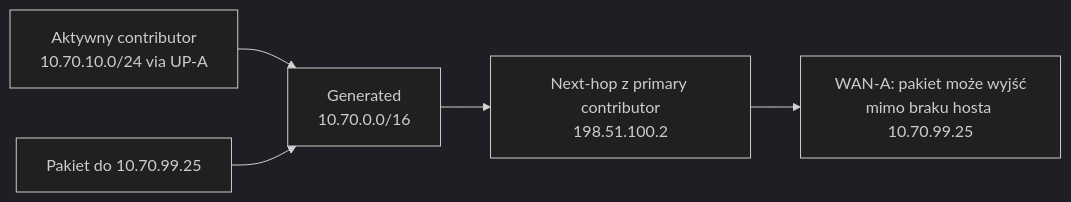
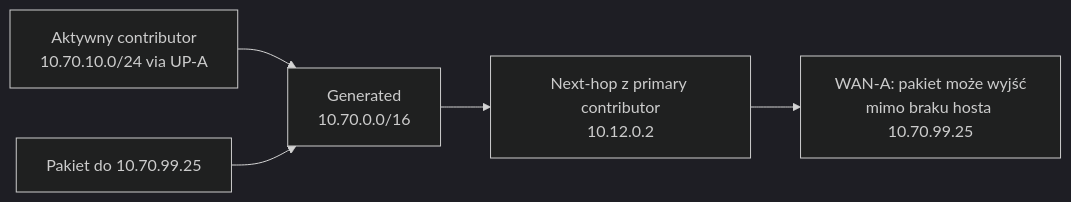
The third of 7 diagrams in docs/chapters/JUNOS_Rozdzial_07_Protocol_Independent_Routing.md (nelto79/jncip), drawn with Mermaid (dark theme) before and after one commit. The commit also changed other lines of this file, not shown here.

```diff
--- a/docs/chapters/JUNOS_Rozdzial_07_Protocol_Independent_Routing.md
+++ b/docs/chapters/JUNOS_Rozdzial_07_Protocol_Independent_Routing.md
@@ -141,7 +149,7 @@
 ~~~mermaid
 flowchart LR
   C["Aktywny contributor<br/>10.70.10.0/24 via UP-A"] --> G["Generated<br/>10.70.0.0/16"]
-  G --> N["Next-hop z primary contributor<br/>198.51.100.2"]
+  G --> N["Next-hop z primary contributor<br/>10.12.0.2"]
   P["Pakiet do 10.70.99.25"] --> G
   N --> W["WAN-A: pakiet może wyjść<br/>mimo braku hosta 10.70.99.25"]
 ~~~
```
